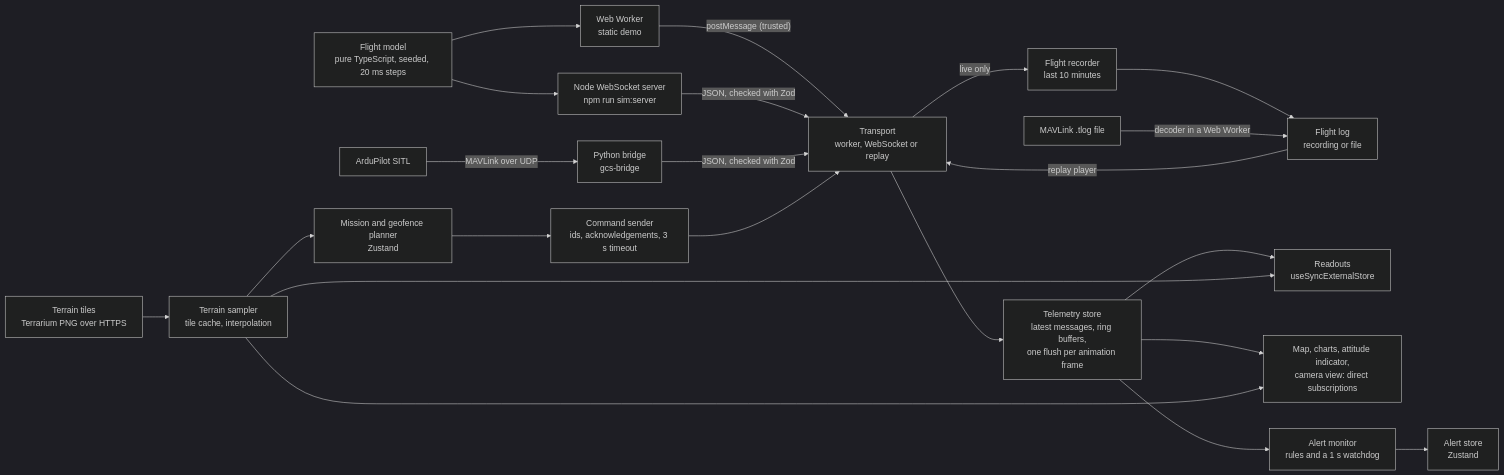
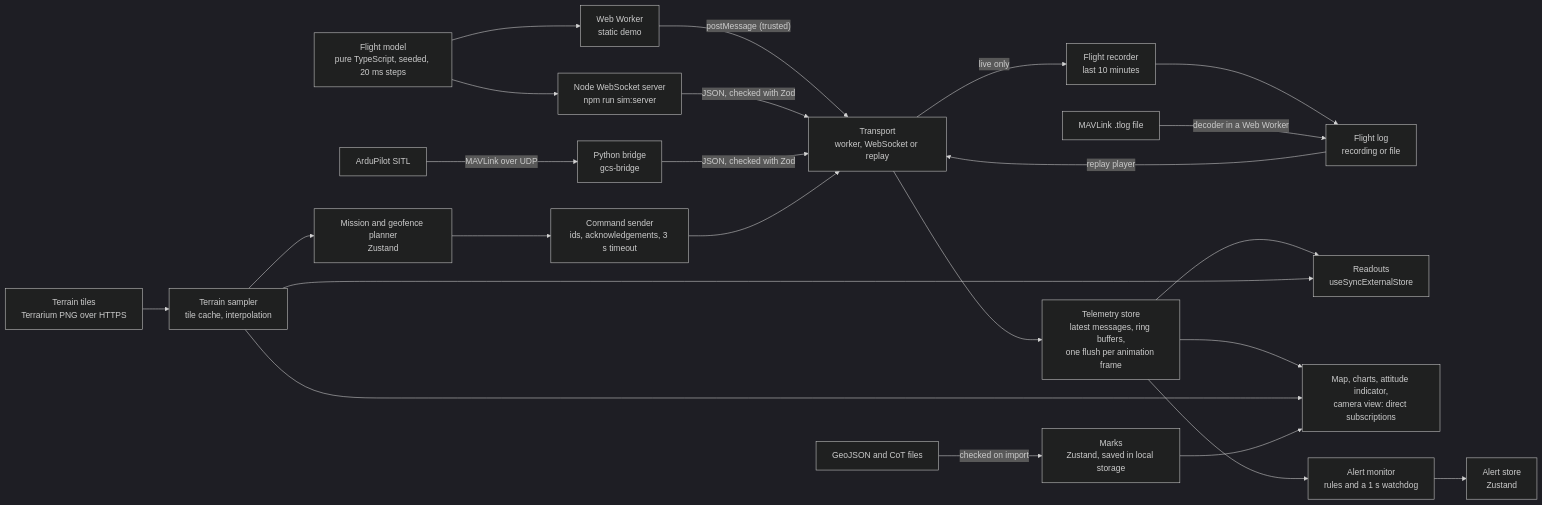
The first of 5 diagrams in docs/architecture.md (Nikita-Beliaiev/mini-gcs), drawn with Mermaid (dark theme) before and after one commit. The commit also changed other lines of this file and 1 other file, not shown here.

Commit message:
docs: describe the marks and mark phase 10 done

````diff
--- a/docs/architecture.md
+++ b/docs/architecture.md
@@ -9,25 +9,27 @@
 ```mermaid
 flowchart LR
   model["Flight model<br/>pure TypeScript, seeded, 20 ms steps"]
   model --> worker["Web Worker<br/>static demo"]
   model --> server["Node WebSocket server<br/>npm run sim:server"]
   sitl["ArduPilot SITL"] -- "MAVLink over UDP" --> bridge["Python bridge<br/>gcs-bridge"]
   worker -- "postMessage (trusted)" --> transport["Transport<br/>worker, WebSocket or replay"]
   server -- "JSON, checked with Zod" --> transport
   bridge -- "JSON, checked with Zod" --> transport
   transport -- "live only" --> recorder["Flight recorder<br/>last 10 minutes"]
   recorder --> log["Flight log<br/>recording or file"]
   tlog["MAVLink .tlog file"] -- "decoder in a Web Worker" --> log
   log -- "replay player" --> transport
   transport --> telemetry["Telemetry store<br/>latest messages, ring buffers,<br/>one flush per animation frame"]
   telemetry --> readouts["Readouts<br/>useSyncExternalStore"]
   telemetry --> direct["Map, charts, attitude indicator,<br/>camera view: direct subscriptions"]
   telemetry --> monitor["Alert monitor<br/>rules and a 1 s watchdog"]
   monitor --> alertStore["Alert store<br/>Zustand"]
   planner["Mission and geofence planner<br/>Zustand"] --> sender["Command sender<br/>ids, acknowledgements, 3 s timeout"]
   sender --> transport
   tiles["Terrain tiles<br/>Terrarium PNG over HTTPS"] --> terrain["Terrain sampler<br/>tile cache, interpolation"]
   terrain --> readouts
   terrain --> planner
   terrain --> direct
+  markFiles["GeoJSON and CoT files"] -- "checked on import" --> marks["Marks<br/>Zustand, saved in local storage"]
+  marks --> direct
 ```
````
